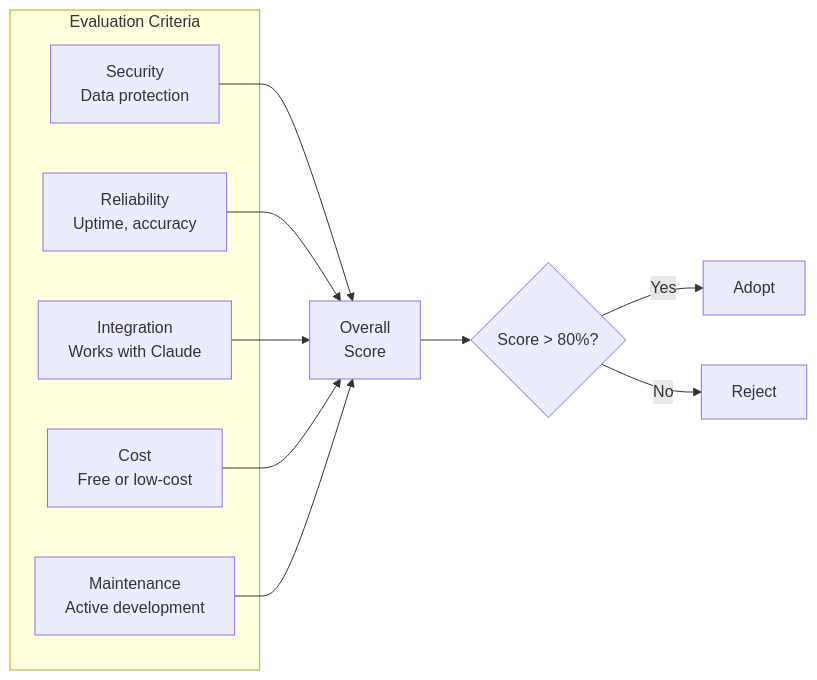
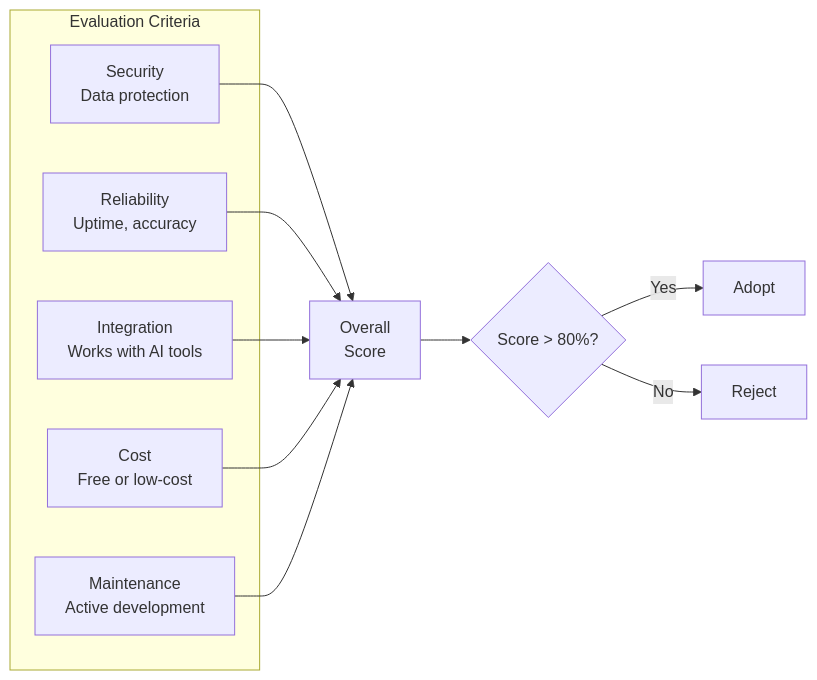
One commit to NewOrleansITI/networkstandards changed the fourth of 5 diagrams in SKILLS_AND_MCP_RECOMMENDATIONS.md. Above: the diagram before and after it, drawn with Mermaid. The commit also changed other lines of this file, not shown here.

````diff
--- a/SKILLS_AND_MCP_RECOMMENDATIONS.md
+++ b/SKILLS_AND_MCP_RECOMMENDATIONS.md
@@ -257,20 +257,20 @@
 ```mermaid
 graph LR
     subgraph CRITERIA["Evaluation Criteria"]
         E1["Security<br/>Data protection"]
         E2["Reliability<br/>Uptime, accuracy"]
-        E3["Integration<br/>Works with Claude"]
+        E3["Integration<br/>Works with AI tools"]
         E4["Cost<br/>Free or low-cost"]
         E5["Maintenance<br/>Active development"]
     end
     
     E1 --> SCORE[Overall<br/>Score]
     E2 --> SCORE
     E3 --> SCORE
     E4 --> SCORE
     E5 --> SCORE
     
     SCORE --> DECISION{Score > 80%?}
     DECISION -->|Yes| ADOPT[Adopt]
     DECISION -->|No| REJECT[Reject]
 ```
````
